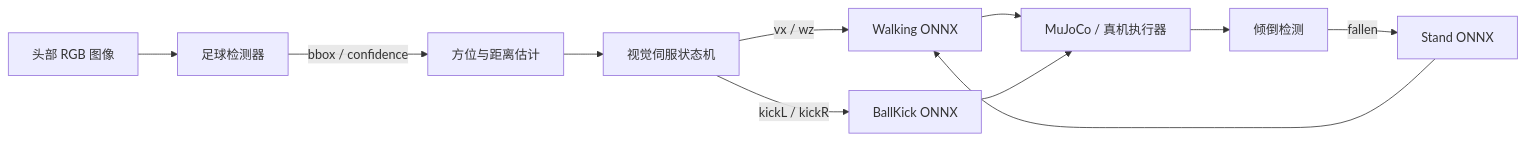
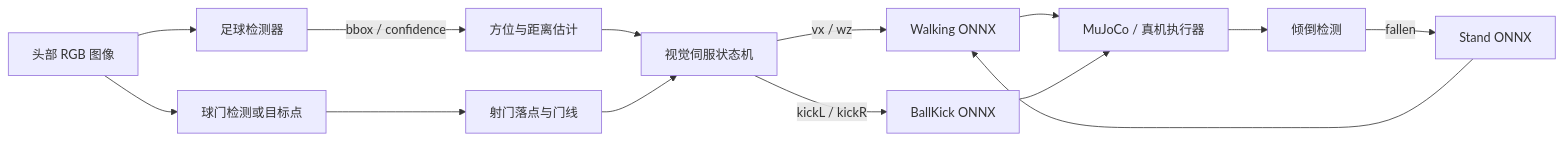
The fourth of 6 diagrams in 05-具身场景的深度和强化学习/05-OpenDuckMini与Microduck双足强化学习/README.md (CloudEngineHub/every-embodied), drawn with Mermaid before and after one commit. The commit also changed other lines of this file and 7 other files, not shown here.

````diff
--- a/05-具身场景的深度和强化学习/05-OpenDuckMini与Microduck双足强化学习/README.md
+++ b/05-具身场景的深度和强化学习/05-OpenDuckMini与Microduck双足强化学习/README.md
@@ -615,13 +615,16 @@
 ```mermaid
 flowchart LR
     A[头部 RGB 图像] --> B[足球检测器]
     B -->|bbox / confidence| C[方位与距离估计]
+    A --> B2[球门检测或目标点]
+    B2 --> C2[射门落点与门线]
     C --> D[视觉伺服状态机]
+    C2 --> D
     D -->|vx / wz| E[Walking ONNX]
     D -->|kickL / kickR| F[BallKick ONNX]
     E --> G[MuJoCo / 真机执行器]
     F --> G
     G --> H[倾倒检测]
     H -->|fallen| I[Stand ONNX]
     I --> E
 ```
````
